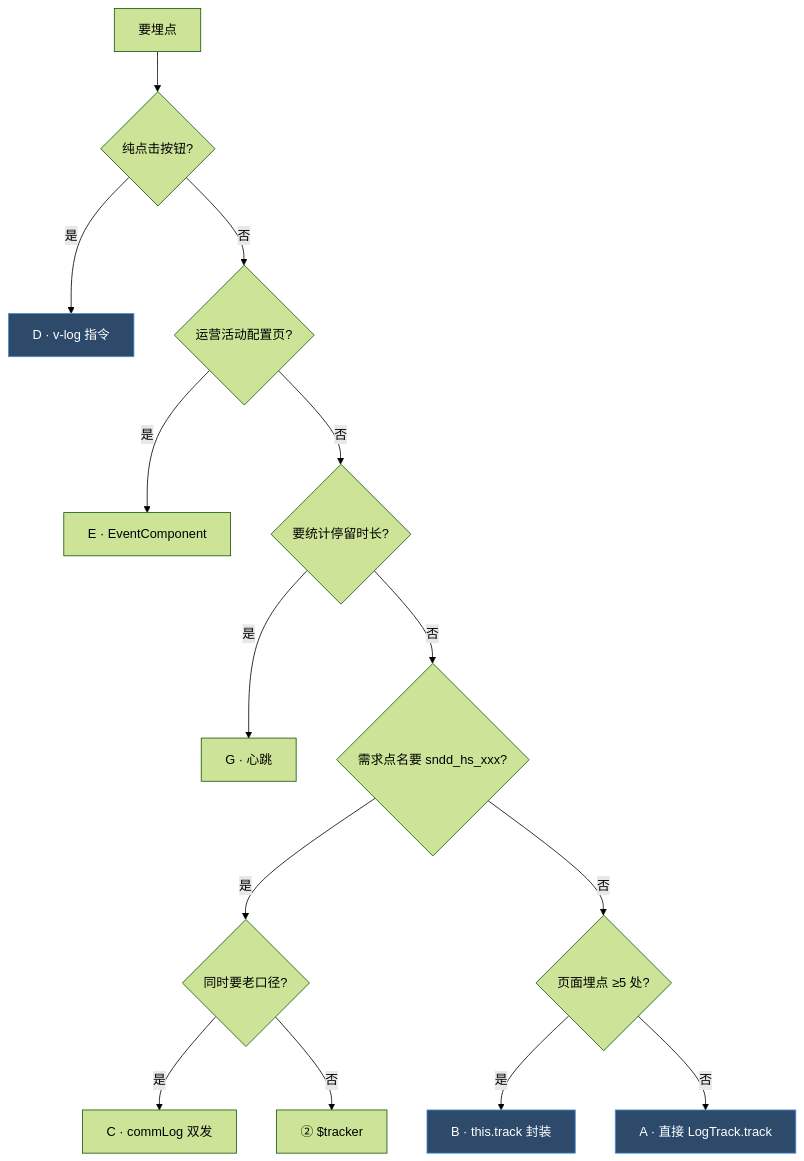
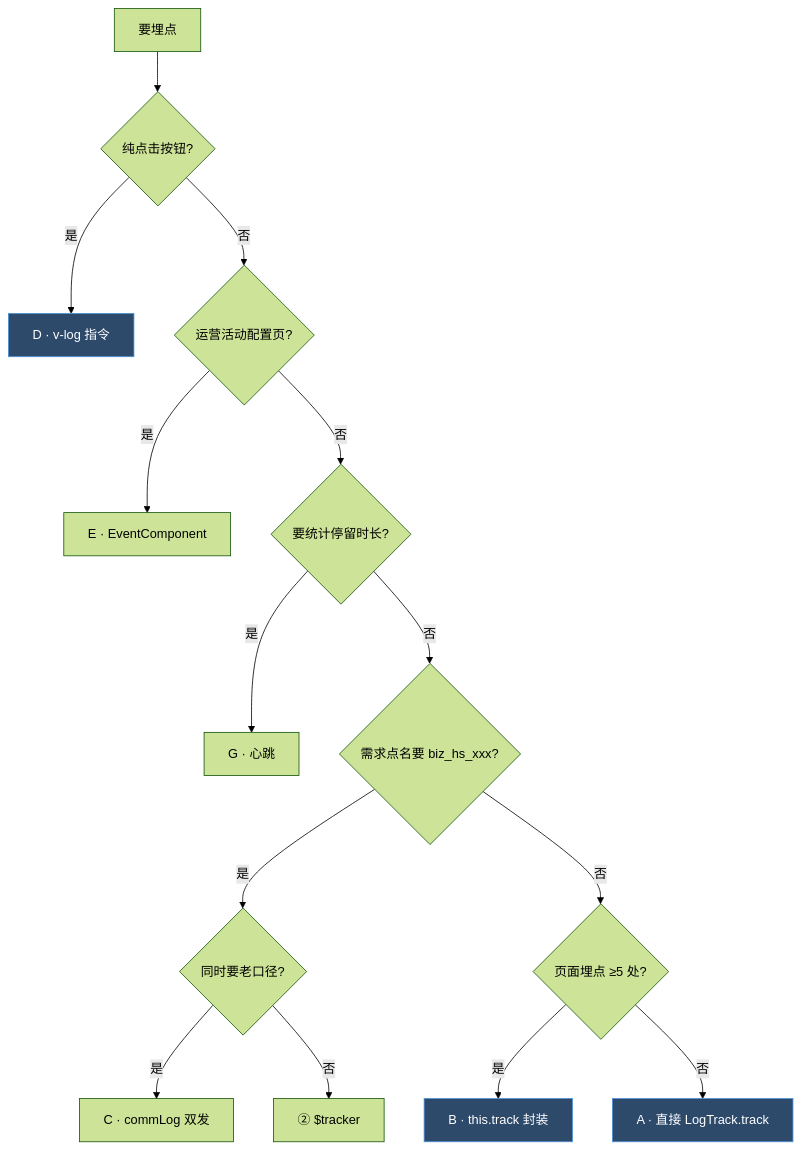
One commit to ye-guan-xing/hugo-main changed the fourth of 4 diagrams in content/post/埋点的七种写法/index.md. Above: the diagram before and after it, drawn with Mermaid (forest theme). The commit also changed other lines of this file and 9 other files, not shown here.

````diff
--- a/content/post/埋点的七种写法/index.md
+++ b/content/post/埋点的七种写法/index.md
@@ -290,19 +290,19 @@
 ```mermaid
 flowchart TD
     Q["要埋点"] --> Q1{"纯点击按钮?"}
     Q1 -- 是 --> D["D · v-log 指令"]
     Q1 -- 否 --> Q2{"运营活动配置页?"}
     Q2 -- 是 --> E["E · EventComponent"]
     Q2 -- 否 --> Q3{"要统计停留时长?"}
     Q3 -- 是 --> G["G · 心跳"]
-    Q3 -- 否 --> Q4{"需求点名要 sndd_hs_xxx?"}
+    Q3 -- 否 --> Q4{"需求点名要 biz_hs_xxx?"}
     Q4 -- 是 --> Q5{"同时要老口径?"}
     Q5 -- 是 --> C["C · commLog 双发"]
     Q5 -- 否 --> T2["② $tracker"]
     Q4 -- 否 --> Q6{"页面埋点 ≥5 处?"}
     Q6 -- 是 --> B["B · this.track 封装"]
     Q6 -- 否 --> A["A · 直接 LogTrack.track"]
     style A fill:#2d4a6b,color:#fff,stroke:#4a90d9
     style B fill:#2d4a6b,color:#fff,stroke:#4a90d9
     style D fill:#2d4a6b,color:#fff,stroke:#4a90d9
 ```
````
